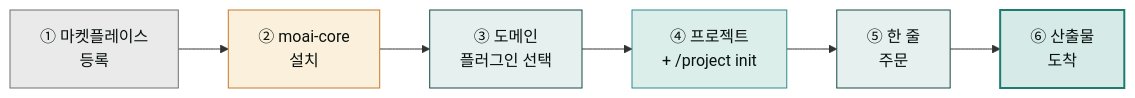
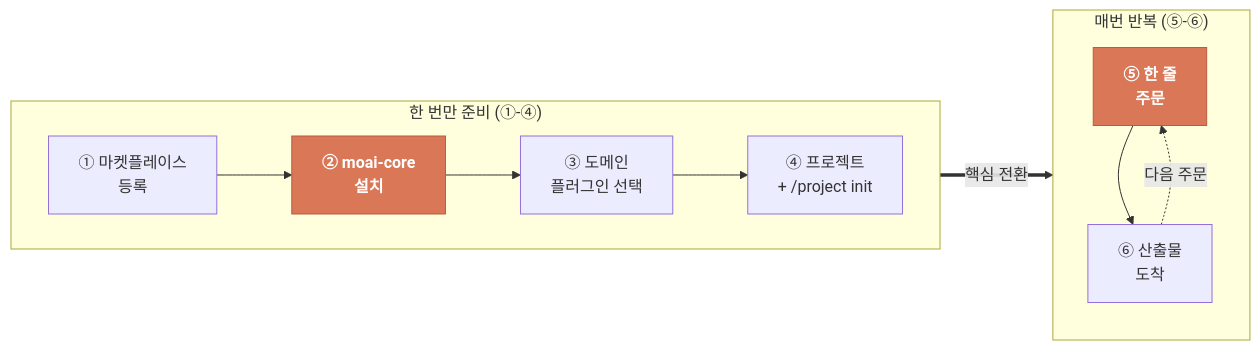
The first of 5 diagrams in content/getting-started/quick-start.md (modu-ai/claude), drawn with Mermaid before and after one commit. The commit also changed other lines of this file and 84 other files, not shown here.

First line of the commit message:
docs(docs-site): drawio → mermaid 전환 + 카운트 정정 + drawio 잔재 제거 (v2.23.0)

````diff
--- a/content/getting-started/quick-start.md
+++ b/content/getting-started/quick-start.md
@@ -20,15 +20,24 @@
 ```mermaid
 flowchart LR
-    A["① 마켓플레이스<br/>등록"] --> B["② moai-core<br/>설치"]
-    B --> C["③ 도메인<br/>플러그인 선택"]
-    C --> D["④ 프로젝트<br/>+ /project init"]
-    D --> E["⑤ 한 줄<br/>주문"]
-    E --> F["⑥ 산출물<br/>도착"]
+    subgraph PREP["한 번만 준비 (①-④)"]
+        direction LR
+        S1["① 마켓플레이스<br/>등록"]
+        S2["② moai-core<br/>설치"]
+        S3["③ 도메인<br/>플러그인 선택"]
+        S4["④ 프로젝트<br/>+ /project init"]
+        S1 --> S2 --> S3 --> S4
+    end
 
-    style A fill:#eaeaea,stroke:#6e6e6e,color:#09110f
-    style B fill:#fbf0dc,stroke:#c47b2a,color:#09110f
-    style C fill:#e6f0ef,stroke:#144a46,color:#09110f
-    style D fill:#dceee9,stroke:#2a8a8c,color:#09110f
-    style E fill:#e6f0ef,stroke:#144a46,color:#09110f
-    style F fill:#d6ebe7,stroke:#1c7c70,stroke-width:2px,color:#09110f
+    subgraph REPEAT["매번 반복 (⑤-⑥)"]
+        direction TB
+        S5["⑤ 한 줄<br/>주문"]
+        S6["⑥ 산출물<br/>도착"]
+        S5 --> S6
+        S6 -. "다음 주문" .-> S5
+    end
+
+    S4 ==>|핵심 전환| S5
+
+    classDef highlight fill:#D97757,stroke:#B85C3E,color:#FFFFFF,font-weight:bold
+    class S2,S5 highlight
 ```
````
